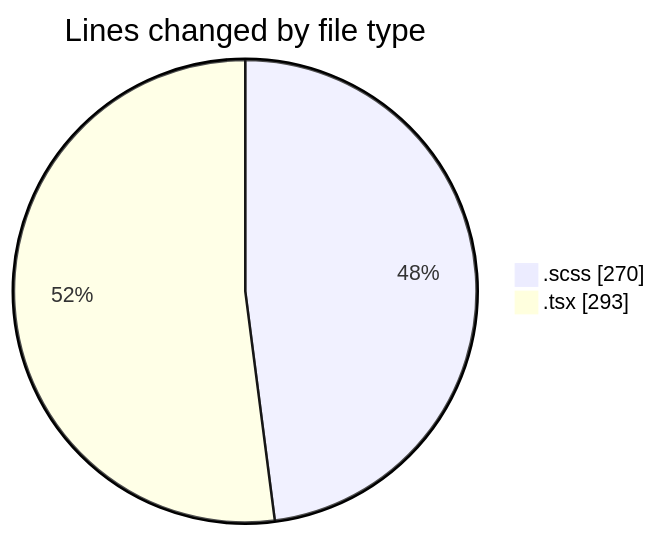
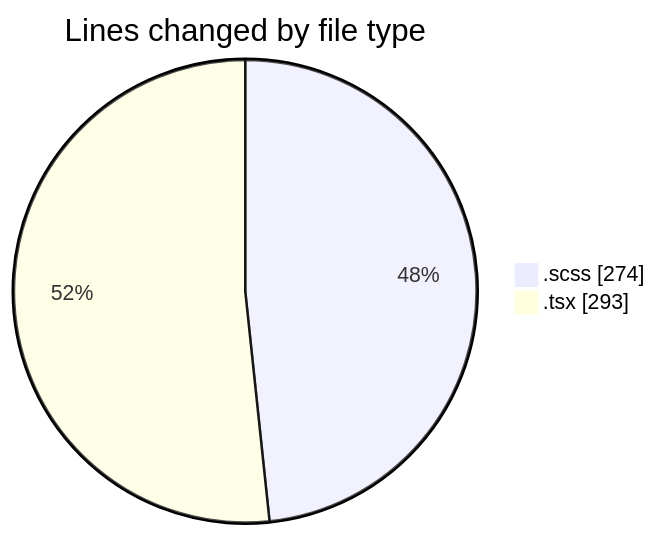
One commit to momahboobian/code-tracking changed the first of 2 diagrams in 2025-03-04/cda/README.md. Above: the diagram before and after it, drawn with Mermaid. The commit also changed other lines of this file and 1 other file, not shown here.

````diff
--- a/2025-03-04/cda/README.md
+++ b/2025-03-04/cda/README.md
@@ -24,6 +24,6 @@
 ```mermaid
 pie showData
 title Lines changed by file type
-".scss" : 270
+".scss" : 274
 ".tsx" : 293
 ```
````
